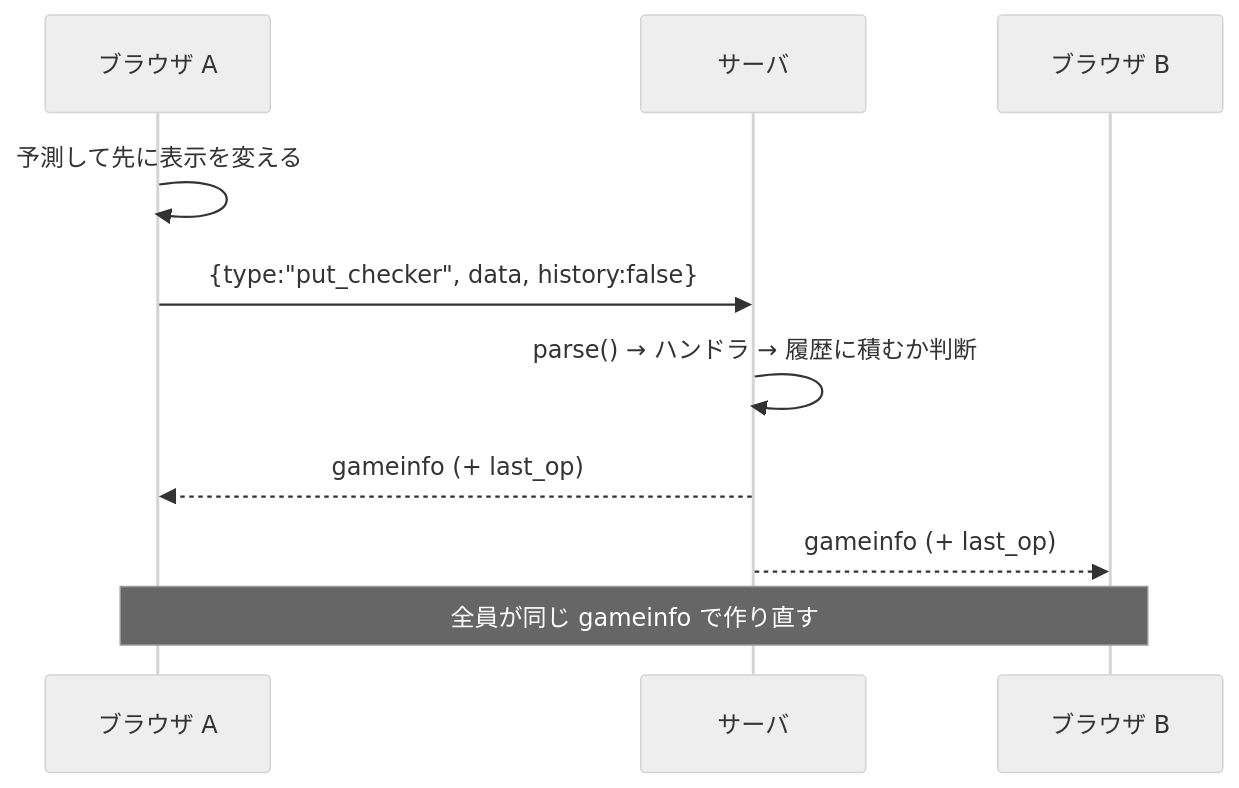
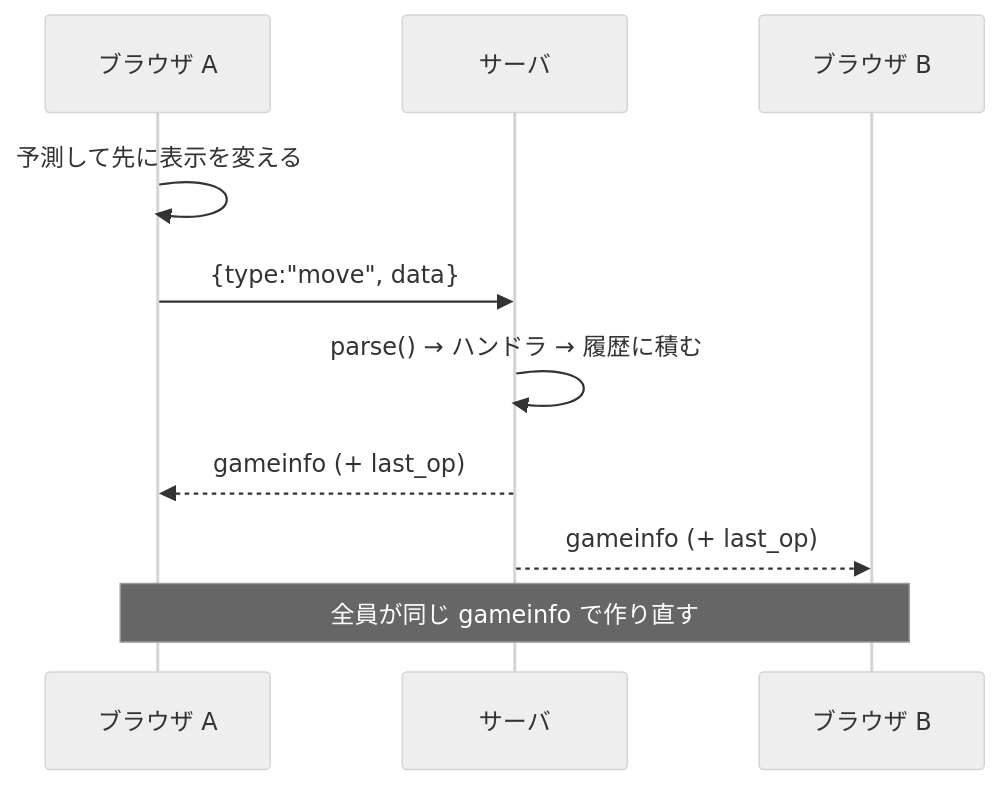
One commit to ytani01/ytBackgammon changed the third of 4 diagrams in docs/Developer.md. Above: the diagram before and after it, drawn with Mermaid (neutral theme). The commit also changed other lines of this file and 18 other files, not shown here.

````diff
--- a/docs/Developer.md
+++ b/docs/Developer.md
@@ -119,12 +121,12 @@
 ```mermaid
 sequenceDiagram
     participant A as ブラウザ A
     participant S as サーバ
     participant B as ブラウザ B
     A->>A: 予測して先に表示を変える
-    A->>S: {type:"put_checker", data, history:false}
-    S->>S: parse() → ハンドラ → 履歴に積むか判断
+    A->>S: {type:"move", data}
+    S->>S: parse() → ハンドラ → 履歴に積む
     S-->>A: gameinfo (+ last_op)
     S-->>B: gameinfo (+ last_op)
     Note over A,B: 全員が同じ gameinfo で作り直す
 ```
````
